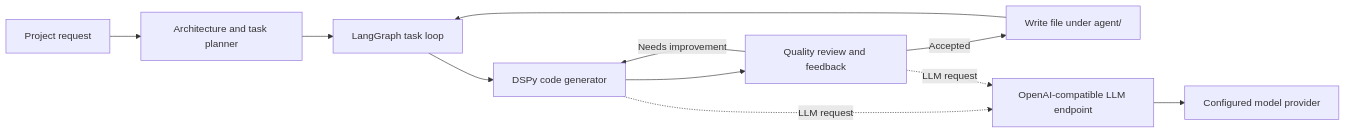
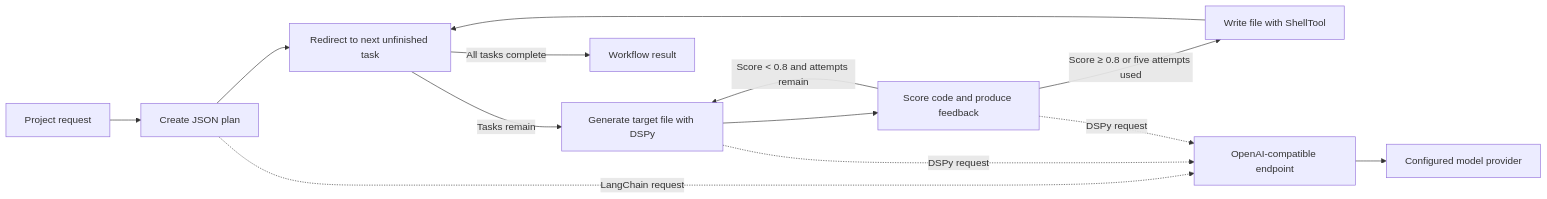
Before and after one commit to sbanik-ml/Agentic-Code-Generation: the diagram in README.md, drawn with Mermaid. The commit also changed other lines of this file, not shown here.

Commit message:
Align README workflow and Mermaid diagram with notebook

````diff
--- a/README.md
+++ b/README.md
@@ -21,14 +21,16 @@
 ```mermaid
 flowchart LR
-    A[Project request] --> B[Architecture and task planner]
-    B --> C[LangGraph task loop]
-    C --> D[DSPy code generator]
-    D --> E[Quality review and feedback]
-    E -->|Needs improvement| D
-    E -->|Accepted| F[Write file under agent/]
+    A[Project request] --> B[Create JSON plan]
+    B --> C[Redirect to next unfinished task]
+    C -->|Tasks remain| D[Generate target file with DSPy]
+    D --> E[Score code and produce feedback]
+    E -->|Score < 0.8 and attempts remain| D
+    E -->|Score ≥ 0.8 or five attempts used| F[Write file with ShellTool]
     F --> C
+    C -->|All tasks complete| G[Workflow result]
 
-    D -. LLM request .-> G[OpenAI-compatible LLM endpoint]
-    E -. LLM request .-> G
-    G --> H[Configured model provider]
+    B -. LangChain request .-> H[OpenAI-compatible endpoint]
+    D -. DSPy request .-> H
+    E -. DSPy request .-> H
+    H --> I[Configured model provider]
 ```
````
